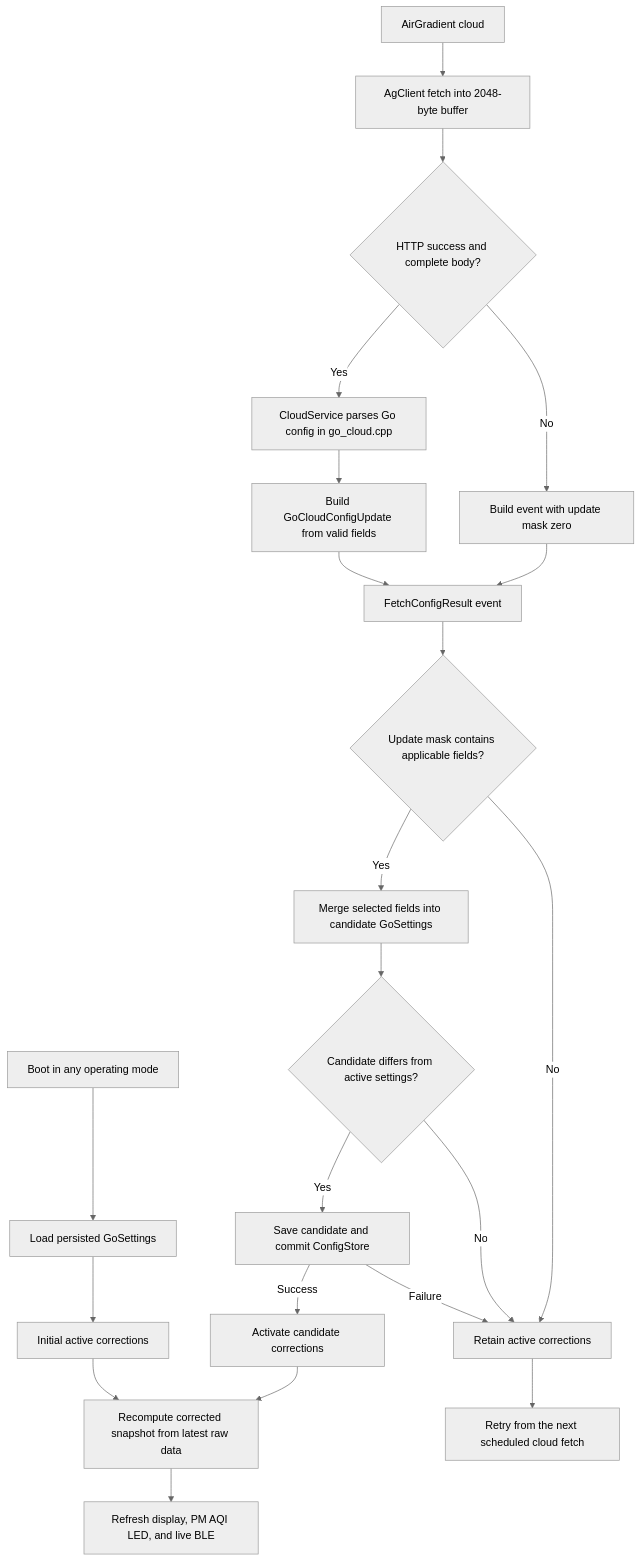
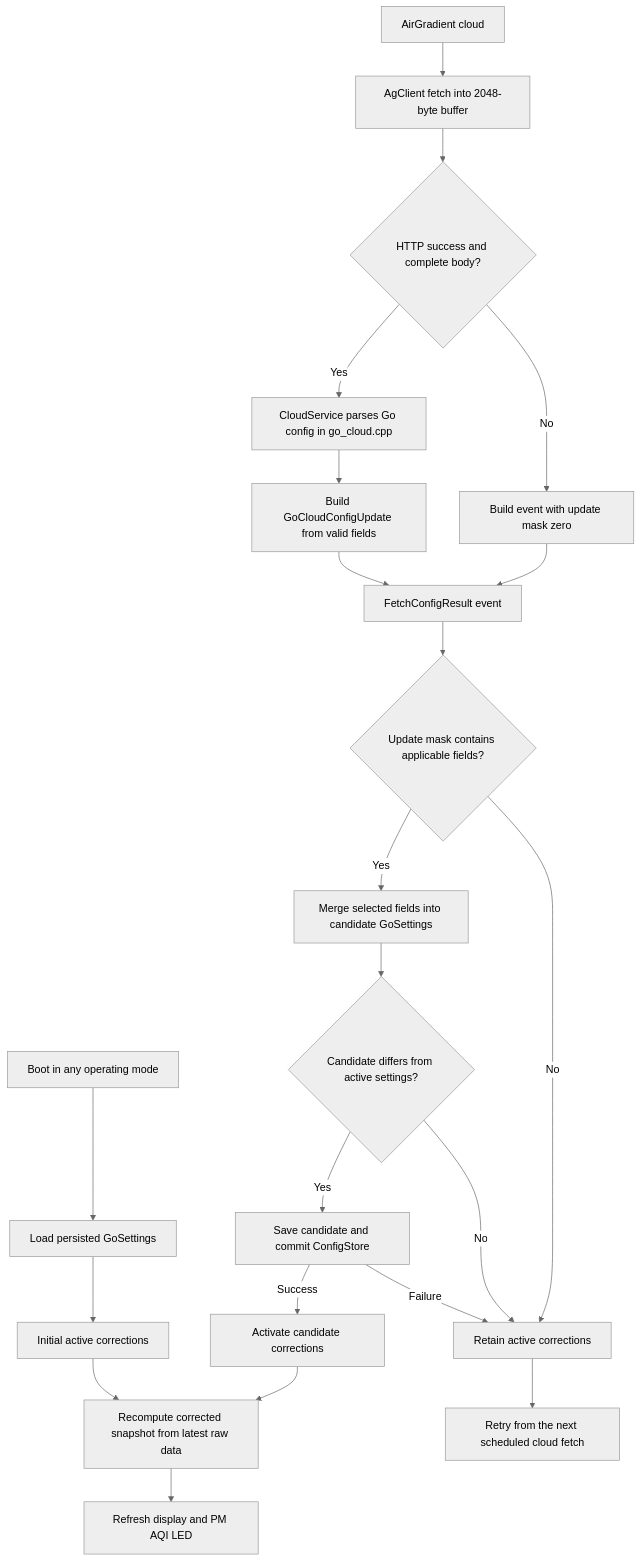
Before and after one commit to mattMRBH/firmware-core: the first of 2 diagrams in products/go/specs/measure_correction.md, drawn with Mermaid (neutral theme). The commit also changed other lines of this file and 13 other files, not shown here.

````diff
--- a/products/go/specs/measure_correction.md
+++ b/products/go/specs/measure_correction.md
@@ -300,25 +301,25 @@
 ```mermaid
 flowchart TD
     Cloud[AirGradient cloud] --> Fetch[AgClient fetch into 2048-byte buffer]
     Fetch --> HttpOk{HTTP success and complete body?}
     HttpOk -->|No| Empty[Build event with update mask zero]
     HttpOk -->|Yes| Parse[CloudService parses Go config in go_cloud.cpp]
     Parse --> Update[Build GoCloudConfigUpdate from valid fields]
     Empty --> Event[FetchConfigResult event]
     Update --> Event
     Event --> Applicable{Update mask contains applicable fields?}
     Applicable -->|No| Keep[Retain active corrections]
     Applicable -->|Yes| Merge[Merge selected fields into candidate GoSettings]
     Merge --> Changed{Candidate differs from active settings?}
     Changed -->|No| Keep
     Changed -->|Yes| Save[Save candidate and commit ConfigStore]
     Save -->|Failure| Keep
     Save -->|Success| Activate[Activate candidate corrections]
     Activate --> Recompute[Recompute corrected snapshot from latest raw data]
-    Recompute --> Refresh[Refresh display, PM AQI LED, and live BLE]
+    Recompute --> Refresh[Refresh display and PM AQI LED]
     Keep --> Retry[Retry from the next scheduled cloud fetch]
 
     Boot[Boot in any operating mode] --> Load[Load persisted GoSettings]
     Load --> Active[Initial active corrections]
     Active --> Recompute
 ```
````
